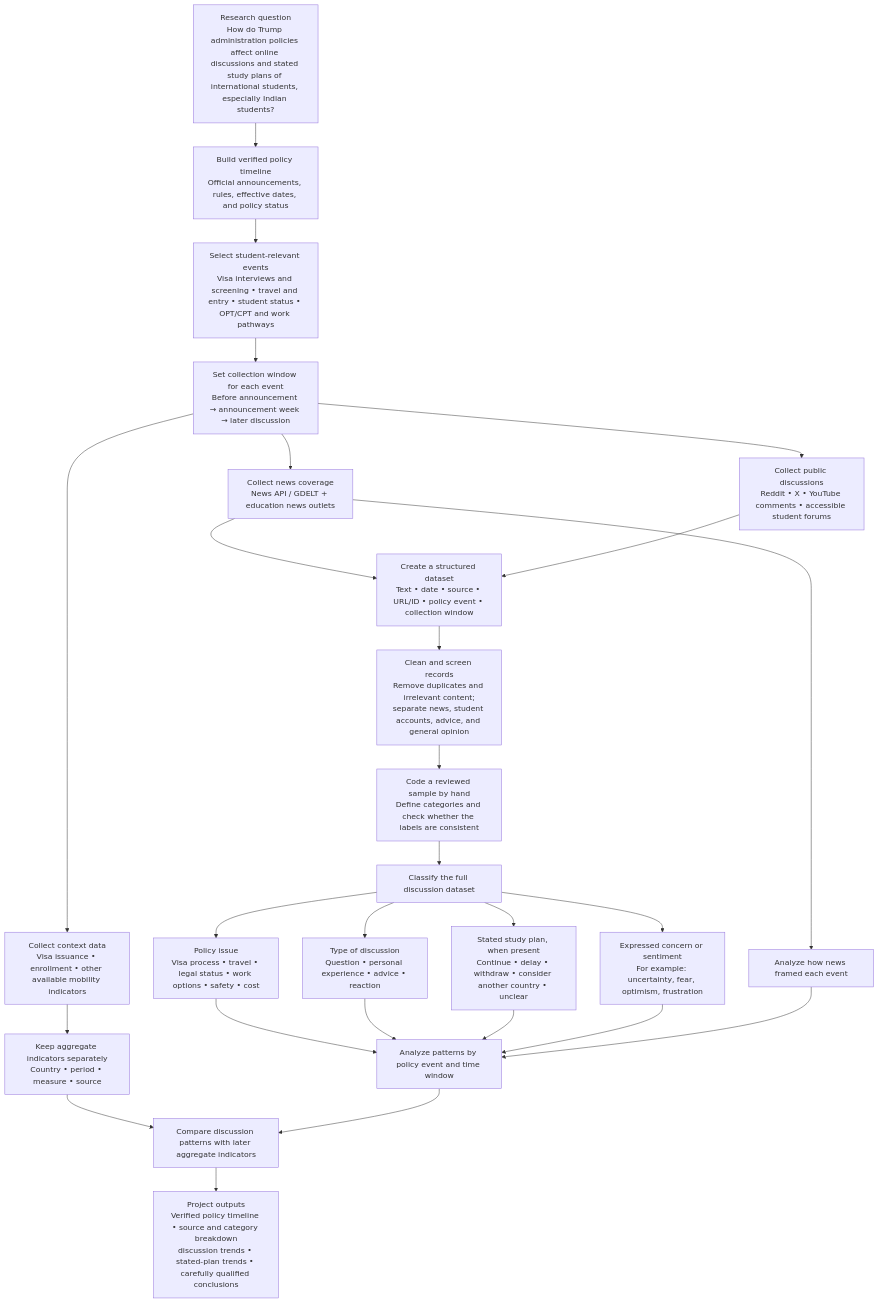
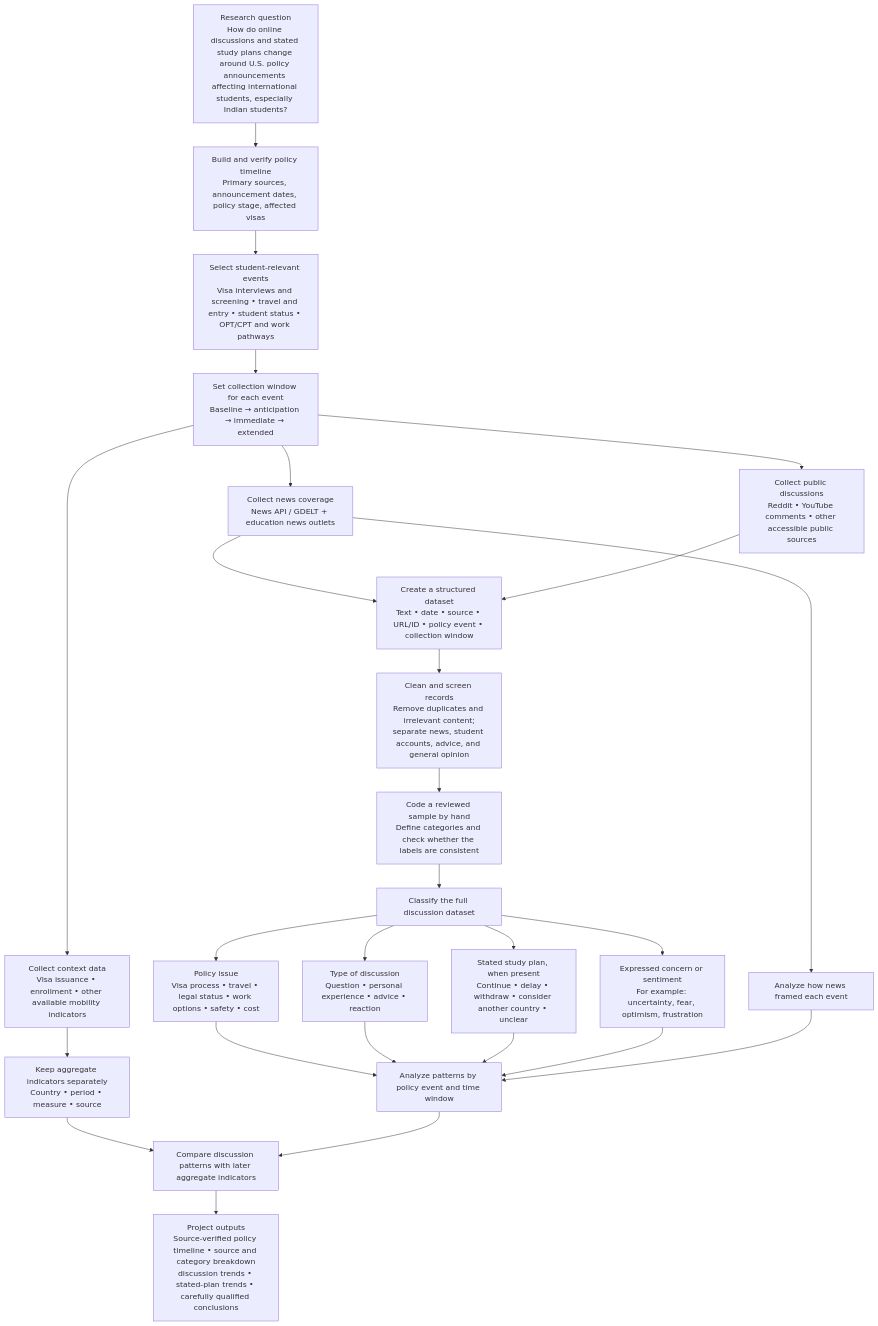
The diagram in proposal/workflow.md (AswinBalajiTR/Grad-Research), drawn with Mermaid before and after one commit. The commit also changed other lines of this file, not shown here.

Commit message:
Clarify policy verification gate in project workflow

````diff
--- a/proposal/workflow.md
+++ b/proposal/workflow.md
@@ -5,36 +5,36 @@
 ```mermaid
 flowchart TD
-    A["Research question<br/>How do Trump administration policies affect online discussions and stated study plans of international students, especially Indian students?"]
+    A["Research question<br/>How do online discussions and stated study plans change around U.S. policy announcements affecting international students, especially Indian students?"]
 
-    A --> B["Build verified policy timeline<br/>Official announcements, rules, effective dates, and policy status"]
+    A --> B["Build and verify policy timeline<br/>Primary sources, announcement dates, policy stage, affected visas"]
     B --> C["Select student-relevant events<br/>Visa interviews and screening • travel and entry • student status • OPT/CPT and work pathways"]
-    C --> D["Set collection window for each event<br/>Before announcement → announcement week → later discussion"]
+    C --> D["Set collection window for each event<br/>Baseline → anticipation → immediate → extended"]
 
     D --> E["Collect news coverage<br/>News API / GDELT + education news outlets"]
-    D --> F["Collect public discussions<br/>Reddit • X • YouTube comments • accessible student forums"]
+    D --> F["Collect public discussions<br/>Reddit • YouTube comments • other accessible public sources"]
     D --> G["Collect context data<br/>Visa issuance • enrollment • other available mobility indicators"]
 
     E --> H["Create a structured dataset<br/>Text • date • source • URL/ID • policy event • collection window"]
     F --> H
     G --> I["Keep aggregate indicators separately<br/>Country • period • measure • source"]
 
     H --> J["Clean and screen records<br/>Remove duplicates and irrelevant content;<br/>separate news, student accounts, advice, and general opinion"]
     J --> K["Code a reviewed sample by hand<br/>Define categories and check whether the labels are consistent"]
 
     K --> L["Classify the full discussion dataset"]
     L --> M["Policy issue<br/>Visa process • travel • legal status • work options • safety • cost"]
     L --> N["Type of discussion<br/>Question • personal experience • advice • reaction"]
     L --> O["Stated study plan, when present<br/>Continue • delay • withdraw • consider another country • unclear"]
     L --> P["Expressed concern or sentiment<br/>For example: uncertainty, fear, optimism, frustration"]
 
     M --> Q["Analyze patterns by policy event and time window"]
     N --> Q
     O --> Q
     P --> Q
     E --> R["Analyze how news framed each event"]
     R --> Q
     I --> S["Compare discussion patterns with later aggregate indicators"]
     Q --> S
 
-    S --> T["Project outputs<br/>Verified policy timeline • source and category breakdown<br/>discussion trends • stated-plan trends • carefully qualified conclusions"]
+    S --> T["Project outputs<br/>Source-verified policy timeline • source and category breakdown<br/>discussion trends • stated-plan trends • carefully qualified conclusions"]
 ```
````
